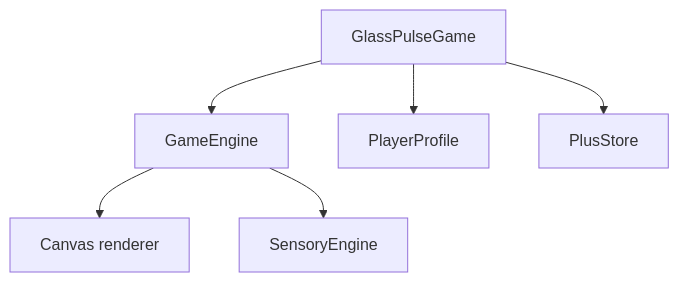
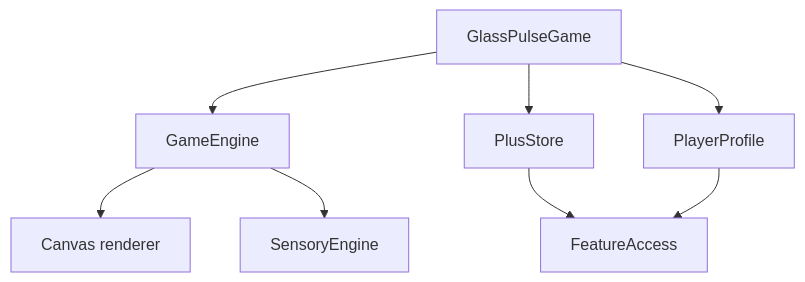
One commit to QuachGia1994/GlassPulse changed the diagram in docs/arch/architecture.md. Above: the diagram before and after it, drawn with Mermaid. The commit also changed other lines of this file and 29 other files, not shown here.

````diff
--- a/docs/arch/architecture.md
+++ b/docs/arch/architecture.md
@@ -7,8 +7,10 @@
 ```mermaid
 flowchart TD
     V[GlassPulseGame] --> E[GameEngine]
     V --> P[PlayerProfile]
     V --> S[PlusStore]
+    S --> A[FeatureAccess]
+    P --> A
     E --> R[Canvas renderer]
     E --> F[SensoryEngine]
 ```
````
